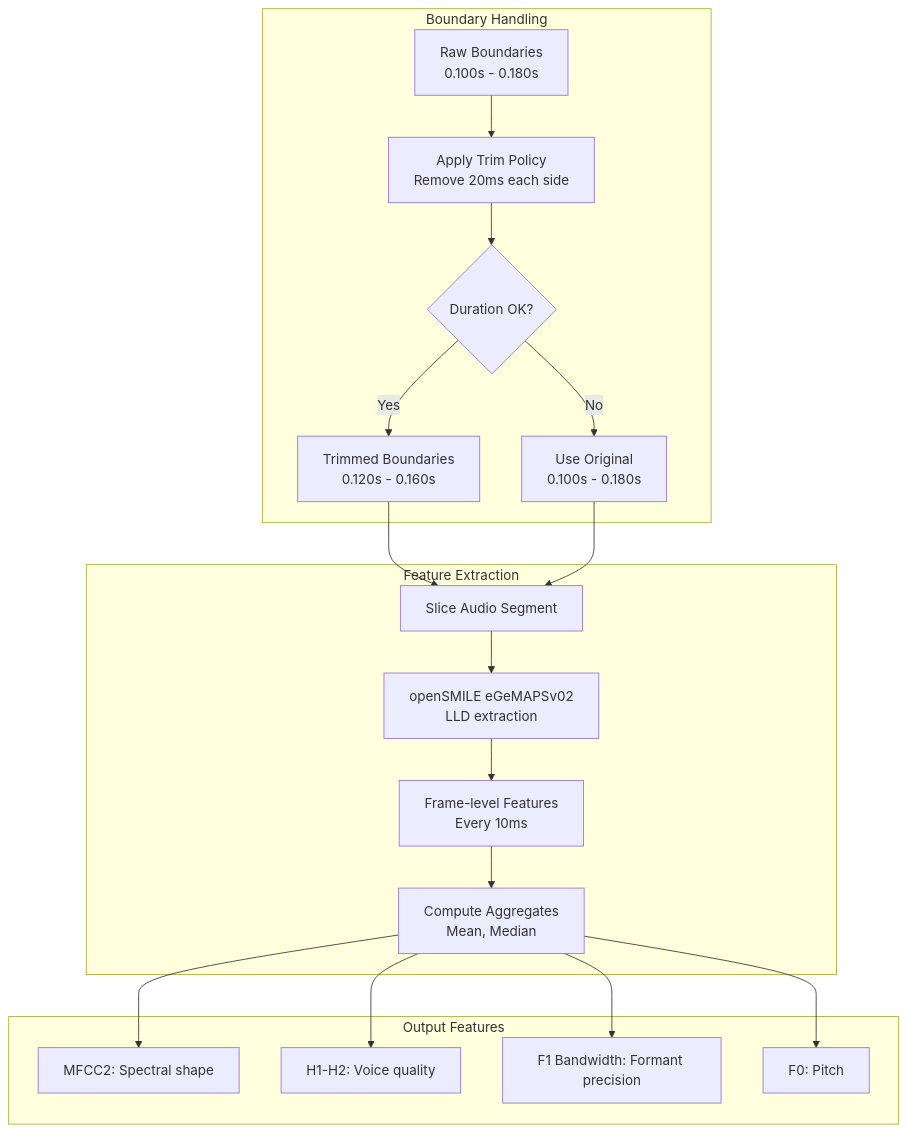
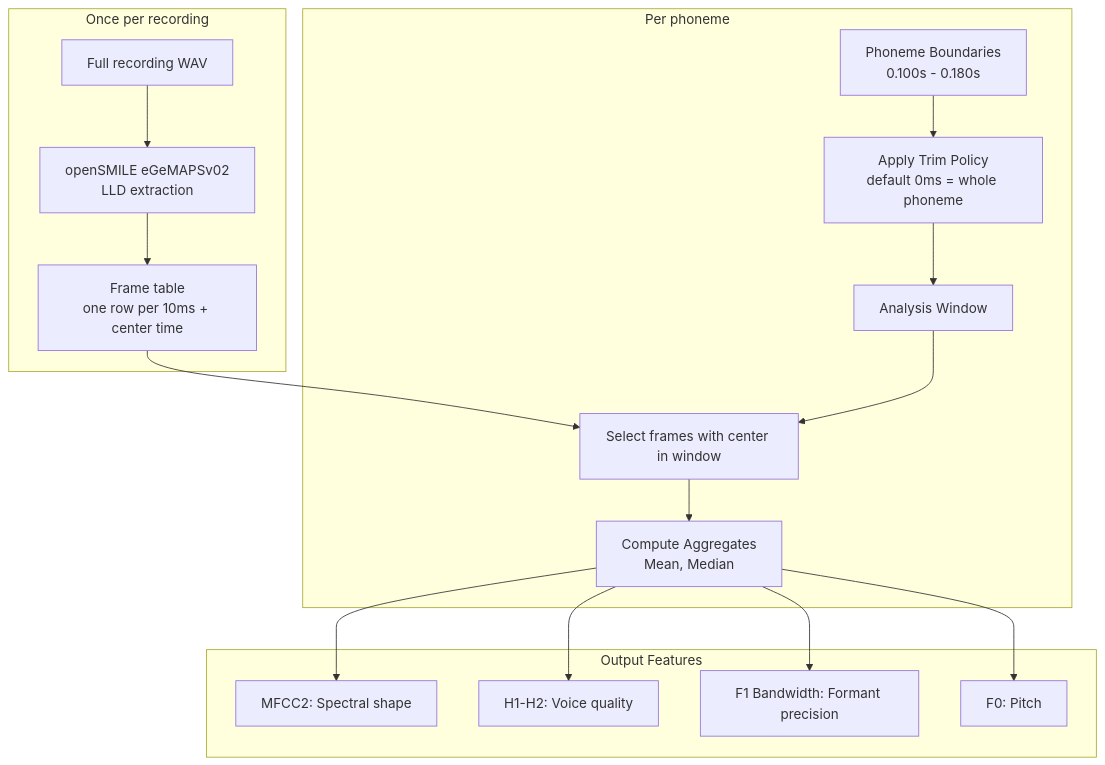
The sixth of 13 diagrams in docs/PHONEME_PROSODY_EXPERIMENT_GUIDE.md (PoisonIvory/voice_feature_extraction), drawn with Mermaid before and after one commit. The commit also changed other lines of this file and 4 other files, not shown here.

First line of the commit message:
fix(phoneme-prosody): extract LLDs per recording and aggregate by phoneme window

````diff
--- a/docs/PHONEME_PROSODY_EXPERIMENT_GUIDE.md
+++ b/docs/PHONEME_PROSODY_EXPERIMENT_GUIDE.md
@@ -284,24 +290,22 @@
 ```mermaid
 flowchart TB
-    subgraph "Boundary Handling"
-        A[Raw Boundaries<br/>0.100s - 0.180s] --> B[Apply Trim Policy<br/>Remove 20ms each side]
-        B --> C{Duration OK?}
-        C -->|Yes| D[Trimmed Boundaries<br/>0.120s - 0.160s]
-        C -->|No| E[Use Original<br/>0.100s - 0.180s]
+    subgraph "Once per recording"
+        R[Full recording WAV] --> S[openSMILE eGeMAPSv02<br/>LLD extraction]
+        S --> T[Frame table<br/>one row per 10ms + center time]
     end
-    
-    subgraph "Feature Extraction"
-        D --> F[Slice Audio Segment]
-        E --> F
-        F --> G[openSMILE eGeMAPSv02<br/>LLD extraction]
-        G --> H[Frame-level Features<br/>Every 10ms]
-        H --> I[Compute Aggregates<br/>Mean, Median]
+
+    subgraph "Per phoneme"
+        A[Phoneme Boundaries<br/>0.100s - 0.180s] --> B[Apply Trim Policy<br/>default 0ms = whole phoneme]
+        B --> D[Analysis Window]
+        T --> F[Select frames with center in window]
+        D --> F
+        F --> I[Compute Aggregates<br/>Mean, Median]
     end
-    
+
     subgraph "Output Features"
         I --> J[MFCC2: Spectral shape]
         I --> K[H1-H2: Voice quality]
         I --> L[F1 Bandwidth: Formant precision]
         I --> M[F0: Pitch]
     end
 ```
````
